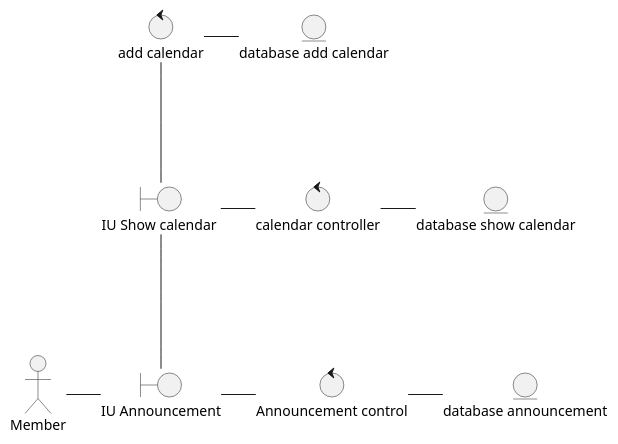
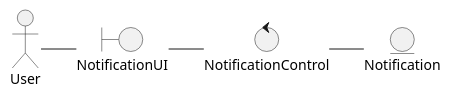
Before and after one commit to Candrixx/Proyecto_Ing_Software_Equipo_3: the diagram in docs/scenariosView/UC - Analysis Diagrams/uc2-Show_Announcement-Analysis.plantuml, drawn with PlantUML. The commit also changed 18 other files, not shown here.

Commit message:
Diagram Class of Analisys and Package

```diff
--- a/docs/scenariosView/UC - Analysis Diagrams/uc2-Show_Announcement-Analysis.plantuml
+++ b/docs/scenariosView/UC - Analysis Diagrams/uc2-Show_Announcement-Analysis.plantuml
@@ -1,21 +1,11 @@
 @startuml uc2_Show_announcement
-:Member: as actor
-boundary "IU Announcement" as view
-boundary "IU Show calendar " as showCalendarView
-control "calendar controller" as controller
-control "Announcement control" as control
-control "add calendar" as controller2
-entity "database show calendar" as database
-entity "database announcement" as database2
-entity "database add calendar" as database3
+:User: as actor
+boundary "NotificationUI" as view
+control "NotificationControl" as control
+entity "Notification" as database2
 
 'Connection
 actor -r-- view
 view -r-- control
 control -r-- database2
-view --u- showCalendarView
-showCalendarView --r- controller
-controller --r- database
-showCalendarView --u- controller2
-controller2 --r- database3
 @enduml
```
